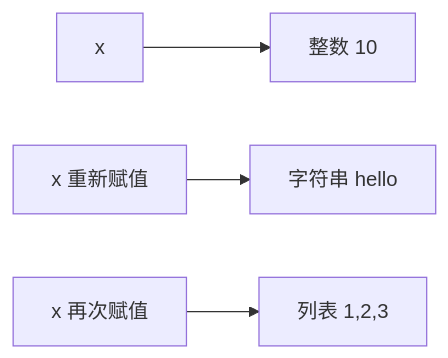
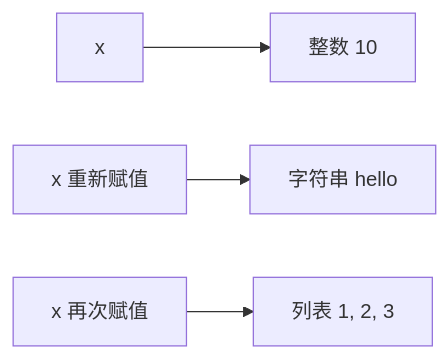
One commit to studyzhige-ui/python-interview-handbook changed the third of 3 diagrams in review/01-python基础与对象模型-图解与自测.md. Above: the diagram before and after it, drawn with Mermaid. The commit also changed other lines of this file and 11 other files, not shown here.

First line of the commit message:
fix: repair Mermaid rendering across review chapters

````diff
--- a/review/01-python基础与对象模型-图解与自测.md
+++ b/review/01-python基础与对象模型-图解与自测.md
@@ -31,6 +31,6 @@
 ```mermaid
 flowchart LR
-    X1[x] --> N[整数 10]
-    X2[x 重新赋值] --> S[字符串 hello]
-    X3[x 再次赋值] --> L[列表 1,2,3]
+    X1["x"] --> N["整数 10"]
+    X2["x 重新赋值"] --> S["字符串 hello"]
+    X3["x 再次赋值"] --> L["列表 1, 2, 3"]
 ```
````
